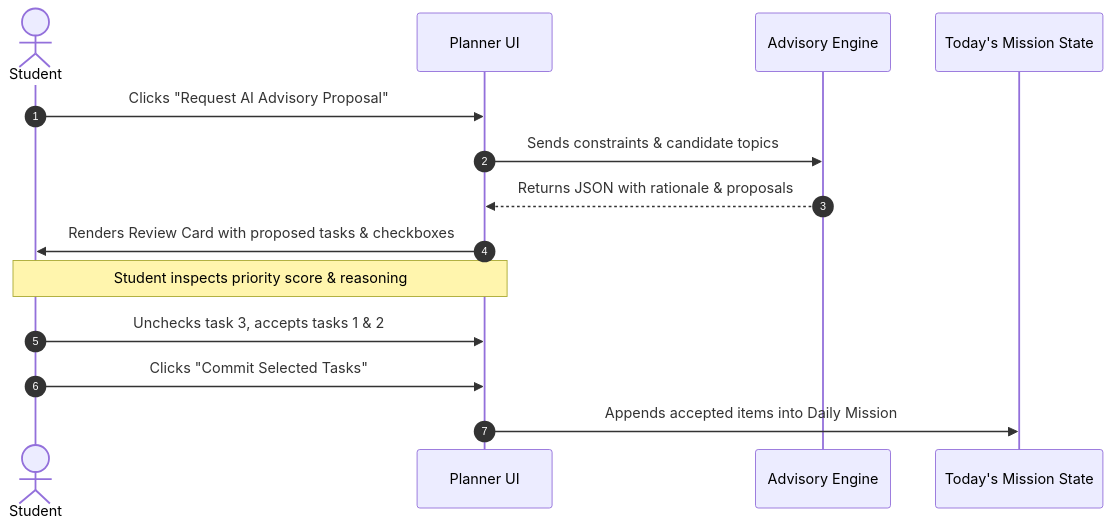
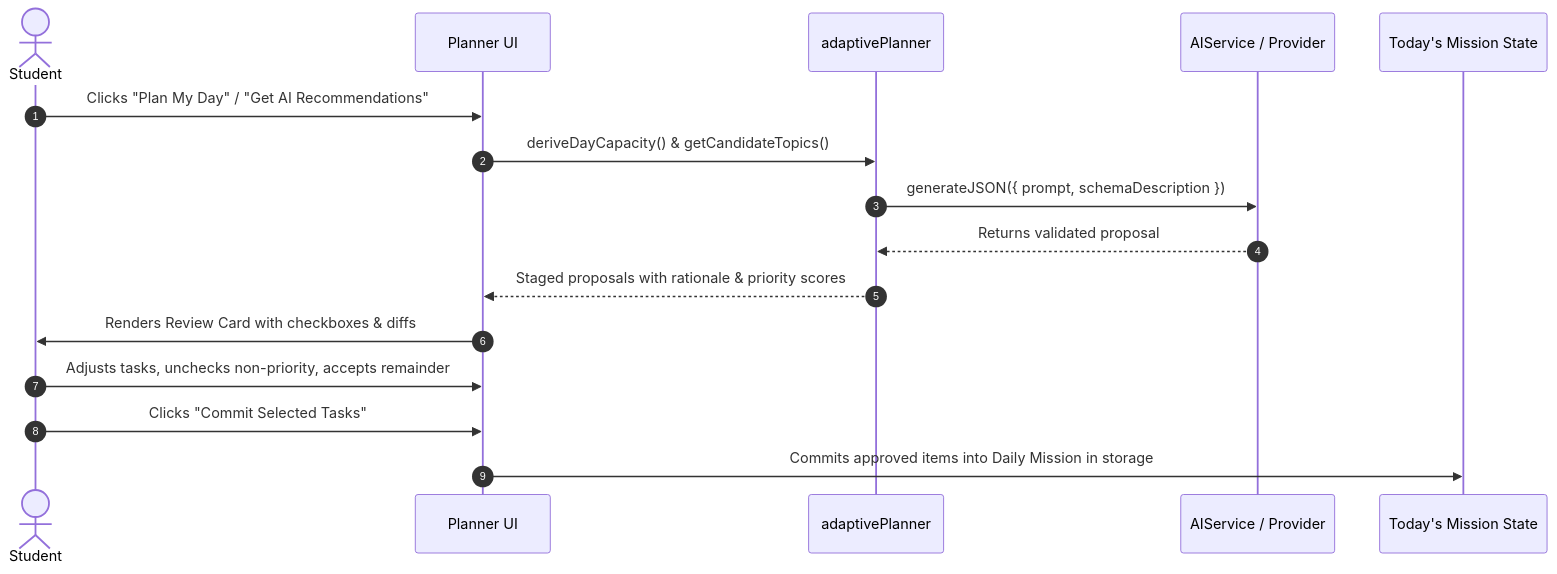
Before and after one commit to madanapallishaikmohammedtalha-dot/NEXORA: the second of 2 diagrams in docs/AI_SYSTEM.md, drawn with Mermaid. The commit also changed other lines of this file and 50 other files, not shown here.

````diff
--- a/docs/AI_SYSTEM.md
+++ b/docs/AI_SYSTEM.md
@@ -88,17 +105,19 @@
 ```mermaid
 sequenceDiagram
     autonumber
     actor Student
     participant UI as Planner UI
-    participant AI as Advisory Engine
+    participant Planner as adaptivePlanner
+    participant AI as AIService / Provider
     participant Mission as Today's Mission State
 
-    Student->>UI: Clicks "Request AI Advisory Proposal"
-    UI->>AI: Sends constraints & candidate topics
-    AI-->>UI: Returns JSON with rationale & proposals
-    UI->>Student: Renders Review Card with proposed tasks & checkboxes
-    Note over Student,UI: Student inspects priority score & reasoning
-    Student->>UI: Unchecks task 3, accepts tasks 1 & 2
+    Student->>UI: Clicks "Plan My Day" / "Get AI Recommendations"
+    UI->>Planner: deriveDayCapacity() & getCandidateTopics()
+    Planner->>AI: generateJSON({ prompt, schemaDescription })
+    AI-->>Planner: Returns validated proposal
+    Planner-->>UI: Staged proposals with rationale & priority scores
+    UI->>Student: Renders Review Card with checkboxes & diffs
+    Student->>UI: Adjusts tasks, unchecks non-priority, accepts remainder
     Student->>UI: Clicks "Commit Selected Tasks"
-    UI->>Mission: Appends accepted items into Daily Mission
+    UI->>Mission: Commits approved items into Daily Mission in storage
 ```
````
